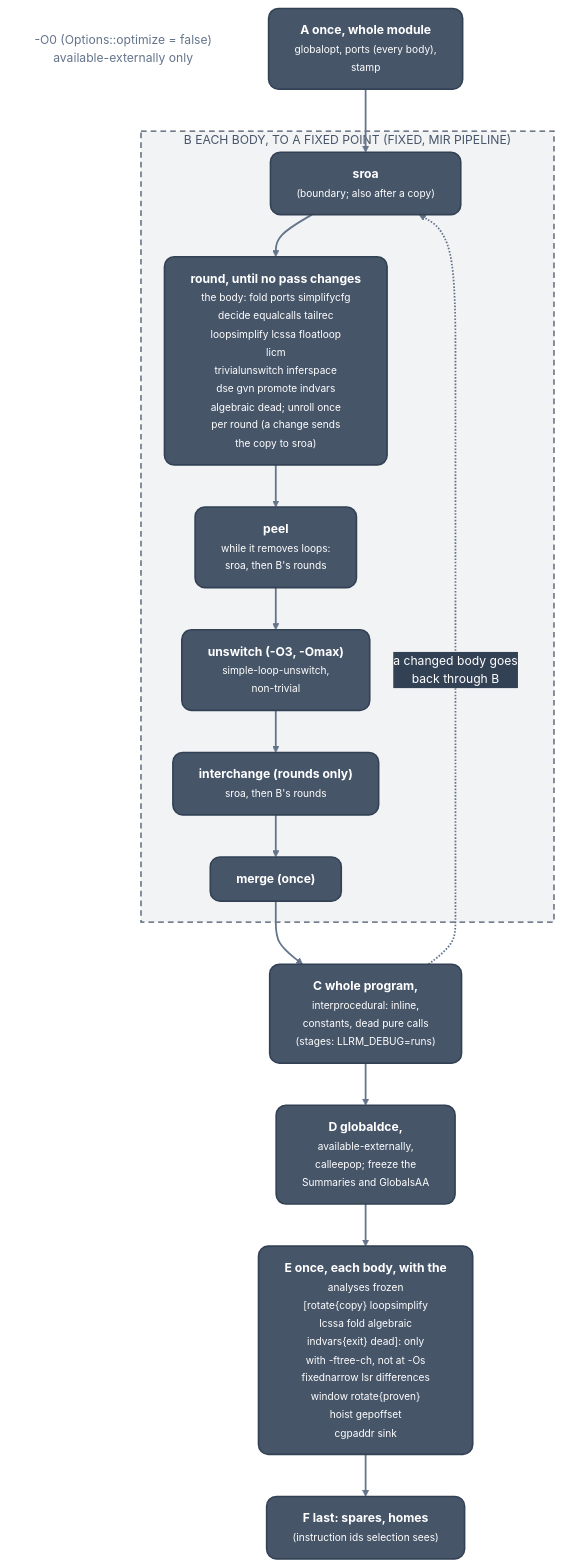
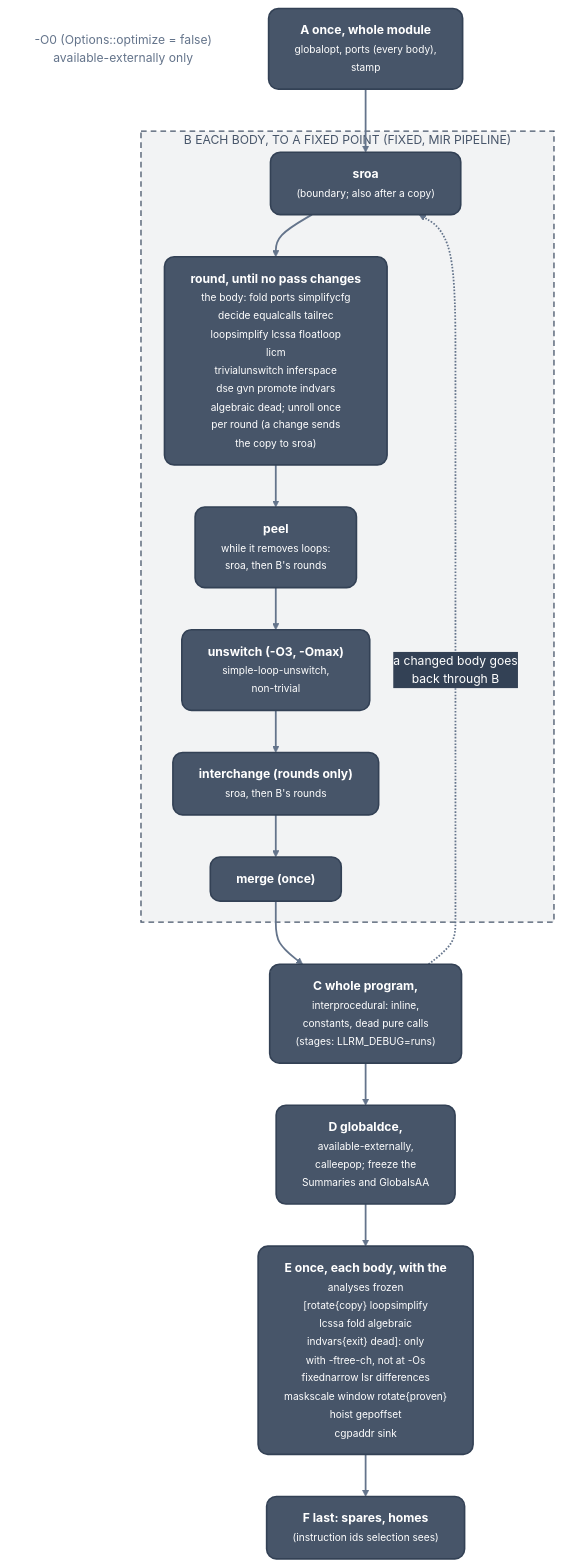
Before and after one commit to ali-mosavian/llrm: the diagram in docs/optimizations/passes/pipeline.md, drawn with Mermaid. The commit also changed other lines of this file and 11 other files, not shown here.

````diff
--- a/docs/optimizations/passes/pipeline.md
+++ b/docs/optimizations/passes/pipeline.md
@@ -22,33 +22,33 @@
 ```mermaid
 %%{init: {'theme':'base','themeVariables':{'fontFamily':'Segoe UI, Helvetica Neue, Arial, DejaVu Sans, sans-serif','fontSize':'15px','primaryColor':'#475569','primaryTextColor':'#ffffff','primaryBorderColor':'#334155','lineColor':'#64748b','secondaryColor':'#475569','tertiaryColor':'transparent','clusterBkg':'transparent','clusterBorder':'#64748b','edgeLabelBackground':'#334155','textColor':'#64748b','titleColor':'#64748b'},'flowchart':{'curve':'basis','nodeSpacing':38,'rankSpacing':52,'padding':16,'wrappingWidth':360,'htmlLabels':true,'useMaxWidth':true}}}%%
 flowchart TB
   classDef mid fill:#475569,stroke:#334155,stroke-width:2px,color:#ffffff,rx:12px,ry:12px
   classDef note fill:transparent,stroke:transparent,color:#64748b
   linkStyle default stroke:#64748b,stroke-width:2.2px
   o0["-O0 (Options::optimize = false)<br/>available-externally only"]:::note
   a["<b>A  once, whole module</b><br/><small>globalopt, ports (every body),<br/>stamp</small>"]:::mid
   subgraph g_b["B  EACH BODY, TO A FIXED POINT (FIXED, MIR PIPELINE)"]
     sroa["<b>sroa</b><br/><small>(boundary#59; also after a copy)</small>"]:::mid
     rnd["<b>round, until no pass changes</b><br/><small>the body: fold ports simplifycfg<br/>decide equalcalls tailrec<br/>loopsimplify lcssa floatloop<br/>licm<br/>trivialunswitch inferspace<br/>dse gvn promote indvars<br/>algebraic dead#59; unroll once<br/>per round (a change sends<br/>the copy to sroa)</small>"]:::mid
     peel["<b>peel</b><br/><small>while it removes loops:<br/>sroa, then B's rounds</small>"]:::mid
     unsw["<b>unswitch (-O3, -Omax)</b><br/><small>simple-loop-unswitch,<br/>non-trivial</small>"]:::mid
     swap["<b>interchange (rounds only)</b><br/><small>sroa, then B's rounds</small>"]:::mid
     mrg["<b>merge (once)</b>"]:::mid
   end
   c["<b>C  whole program,</b><br/><small>interprocedural: inline,<br/>constants, dead pure calls<br/>(stages: LLRM_DEBUG=runs)</small>"]:::mid
   d["<b>D  globaldce,</b><br/><small>available-externally,<br/>calleepop#59; freeze the<br/>Summaries and GlobalsAA</small>"]:::mid
-  e["<b>E  once, each body, with the</b><br/><small>analyses frozen<br/>[rotate#123;copy#125; loopsimplify<br/>lcssa fold algebraic<br/>indvars#123;exit#125; dead]: only<br/>with -ftree-ch, not at -Os<br/>fixednarrow lsr differences<br/>window rotate#123;proven#125;<br/>hoist gepoffset<br/>cgpaddr sink</small>"]:::mid
+  e["<b>E  once, each body, with the</b><br/><small>analyses frozen<br/>[rotate#123;copy#125; loopsimplify<br/>lcssa fold algebraic<br/>indvars#123;exit#125; dead]: only<br/>with -ftree-ch, not at -Os<br/>fixednarrow lsr differences<br/>maskscale window rotate#123;proven#125;<br/>hoist gepoffset<br/>cgpaddr sink</small>"]:::mid
   f["<b>F  last: spares, homes</b><br/><small>(instruction ids selection sees)</small>"]:::mid
   a --> sroa
   sroa --> rnd
   rnd --> peel
   peel --> unsw
   unsw --> swap
   swap --> mrg
   mrg --> c
   c -.->|"a changed body goes<br/>back through B"| sroa
   c --> d
   d --> e
   e --> f
   style g_b fill:#47556912,stroke:#475569,stroke-width:1.6px,stroke-dasharray:7 5,color:#475569
 ```
````
